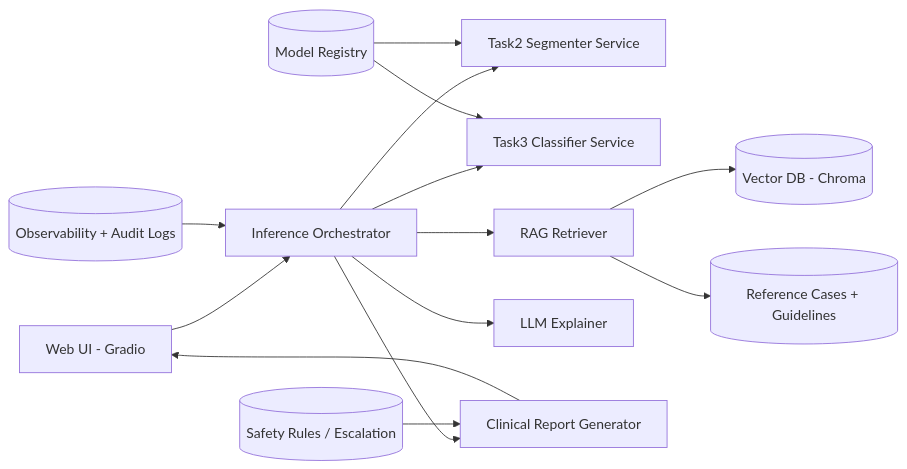
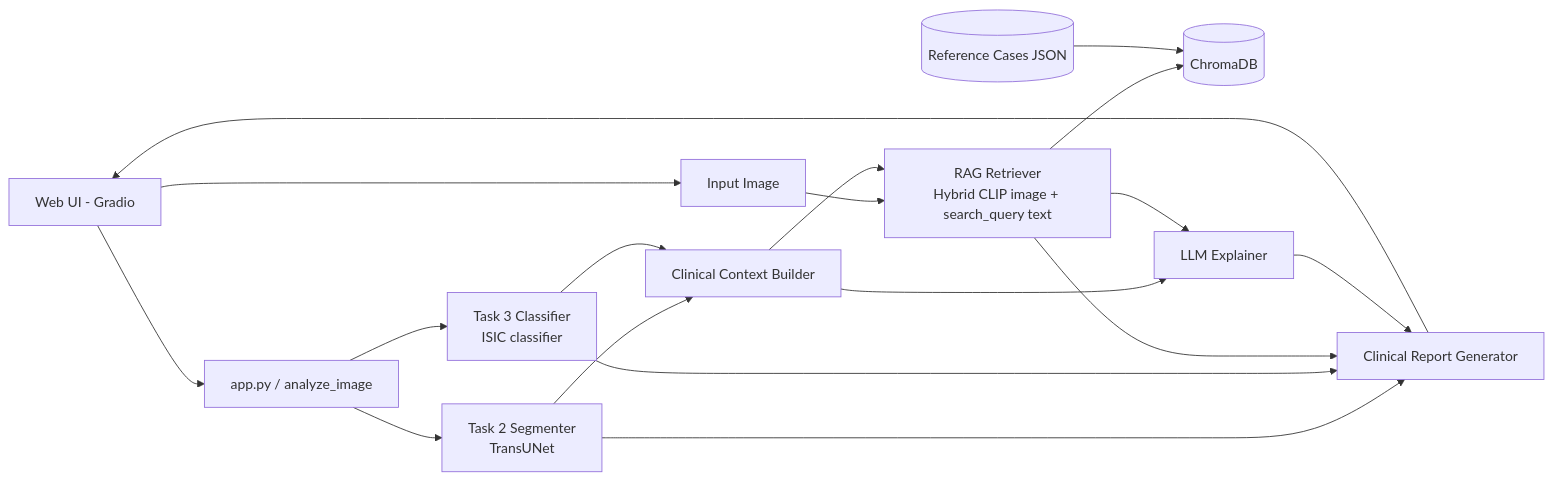
Before and after one commit to nhatky160103/Dermai-clinical-assistant-demo: the first of 2 diagrams in README.md, drawn with Mermaid. The commit also changed other lines of this file and 1 other file, not shown here.

Commit message:
refactor: Update system architecture diagrams for clarity and accuracy

````diff
--- a/README.md
+++ b/README.md
@@ -155,17 +155,20 @@
 ```mermaid
 flowchart LR
-    A[Web UI - Gradio] --> B[Inference Orchestrator]
-    B --> C[Task2 Segmenter Service]
-    B --> D[Task3 Classifier Service]
-    B --> E[RAG Retriever]
-    B --> F[LLM Explainer]
-    E --> G[(Vector DB - Chroma)]
-    E --> H[(Reference Cases + Guidelines)]
-    B --> I[Clinical Report Generator]
-    I --> A
-
-    J[(Model Registry)] --> C
-    J --> D
-    K[(Observability + Audit Logs)] --> B
-    L[(Safety Rules / Escalation)] --> I
+    A[Web UI - Gradio] --> B[app.py / analyze_image]
+    B --> C[Task 2 Segmenter<br/>TransUNet]
+    B --> D[Task 3 Classifier<br/>ISIC classifier]
+    C --> E[Clinical Context Builder]
+    D --> E
+    A --> F[Input Image]
+    F --> G[RAG Retriever<br/>Hybrid CLIP image + search_query text]
+    E --> G
+    G --> H[(ChromaDB)]
+    I[(Reference Cases JSON)] --> H
+    E --> J[LLM Explainer]
+    G --> J
+    C --> K[Clinical Report Generator]
+    D --> K
+    G --> K
+    J --> K
+    K --> A
 ```
````
